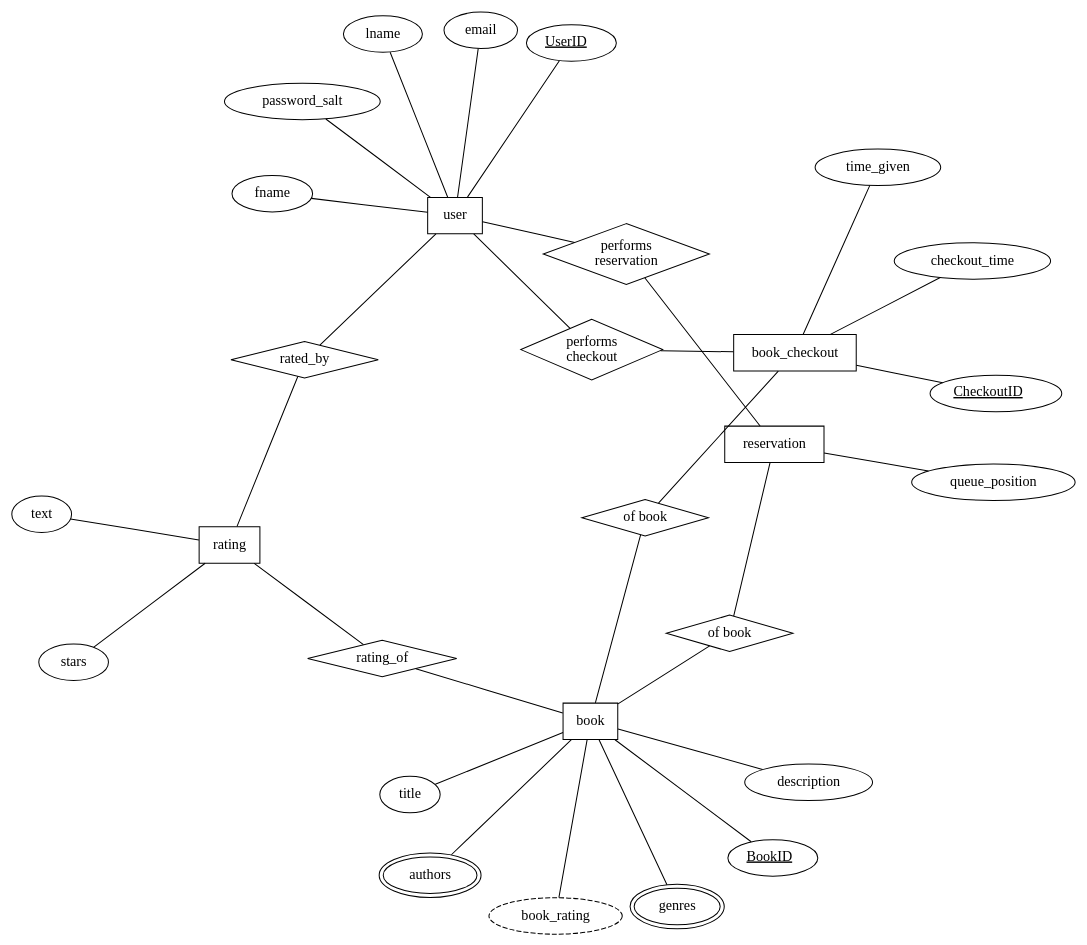
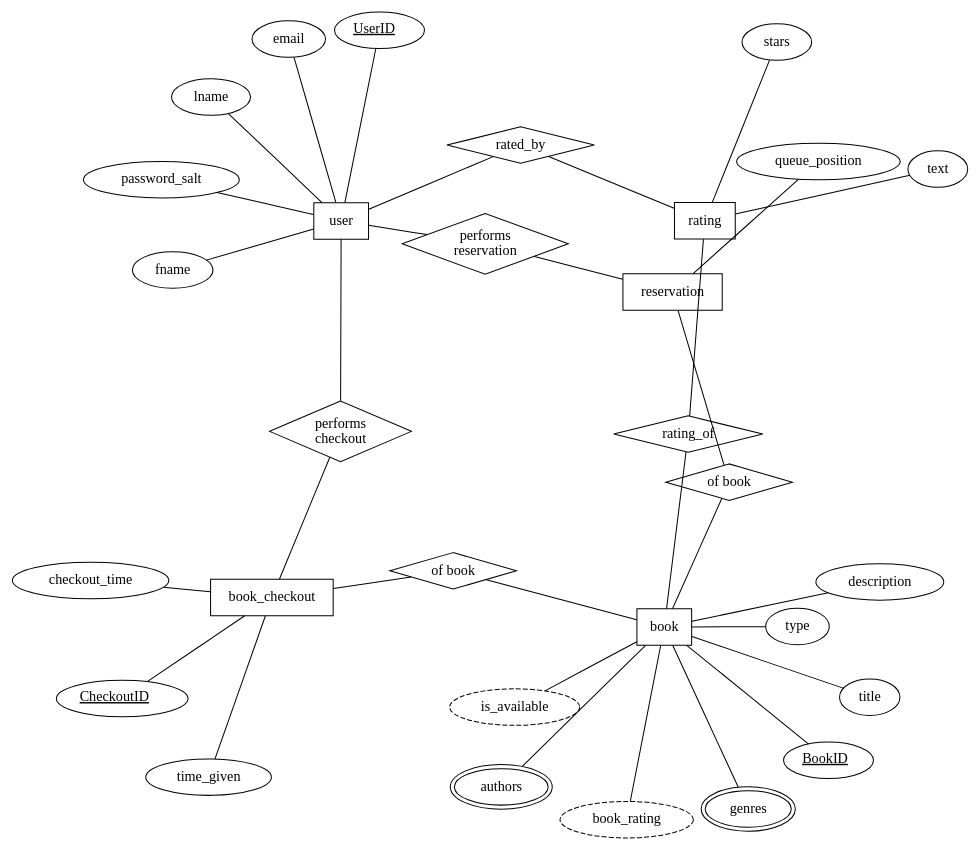
Before and after one commit to h0se69/Library-Web-Management-App: the diagram in ER_diagram.gv, drawn with Graphviz. The commit also changed other lines of this file, not shown here.

```diff
--- a/ER_diagram.gv
+++ b/ER_diagram.gv
@@ -1,77 +1,79 @@
 
 // USE TO VIEW
 // http://magjac.com/graphviz-visual-editor/
 
 digraph Lib{
     dir=none
-    layout="neato"
+    layout="neato" // can try commenting out to see if neater
     overlap= false
     
     subgraph user{
         user [shape = box]
         UserID [label = <<u>UserID</u>>]
         user -> {fname;lname;email;password_salt;UserID} [dir = none]
     }
     
     
     subgraph book{
         book [shape = box]
         BookID [label = <<u>BookID</u>>]
         authors [peripheries=2]
         genres [peripheries=2]
         book_rating [style=dashed]
-        book -> {BookID;authors;title;genres;description;book_rating} [dir = none]
+        is_available [style=dashed]
+        
+        book -> {BookID;authors;title;genres;description;book_rating;type;is_available} [dir = none]
         
     }
     
     subgraph checkout{
         book_checkout [shape = box]
         performs_checkout [label= "performs \ncheckout", shape=diamond,margin="0,0"]
         of_book [label= "of book", shape=diamond]
         
         user->performs_checkout [dir=none]
          book_checkout -> performs_checkout[dir=none] // If needed change to dir = back
         
           of_book -> performs_checkout[color=invis, weight = 10] // to make it look nicer, can be removed
         
         book -> of_book [dir=none]
         of_book->book_checkout [dir =none]
         
         CheckoutID [label = <<u>CheckoutID</u>>]
         
         book_checkout-> {CheckoutID;checkout_time;time_given}[dir=none]
     }
     
     subgraph rating { // Ratings will be done by users IN library for books IN library
     
         rating [shape=box]
         // RatingID [label = <<u>RatingID</u>>] // if needed then uncomment
         
         rating-> {stars;text} [dir=none]
         
         rated_by [shape=diamond]
         rating_of [shape=diamond]
         
         user->rated_by [dir=none]
         rated_by->rating [dir=none]
         book -> rating_of [dir=none]
         rating_of->rating [dir=none]
         
     }
     
     subgraph reservation { // For when a book is already checked out but user wants it 
         reservation [shape=box]
         
         reservation->{queue_position} [dir=none]
         performs_reservation [label= "performs \nreservation", shape=diamond,margin="0,0"]
         reservation_of_book [label= "of book", shape=diamond]
         
         user->performs_reservation[dir=none]
         performs_reservation -> reservation [dir=none]
         
         reservation_of_book -> book[dir=none]
         reservation -> reservation_of_book [dir=none]
         
     }
     
 }
```
